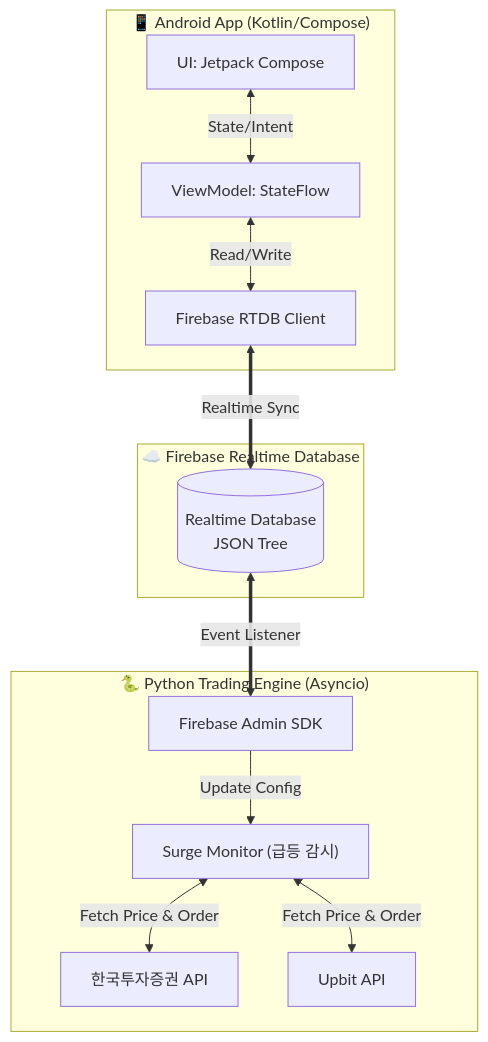
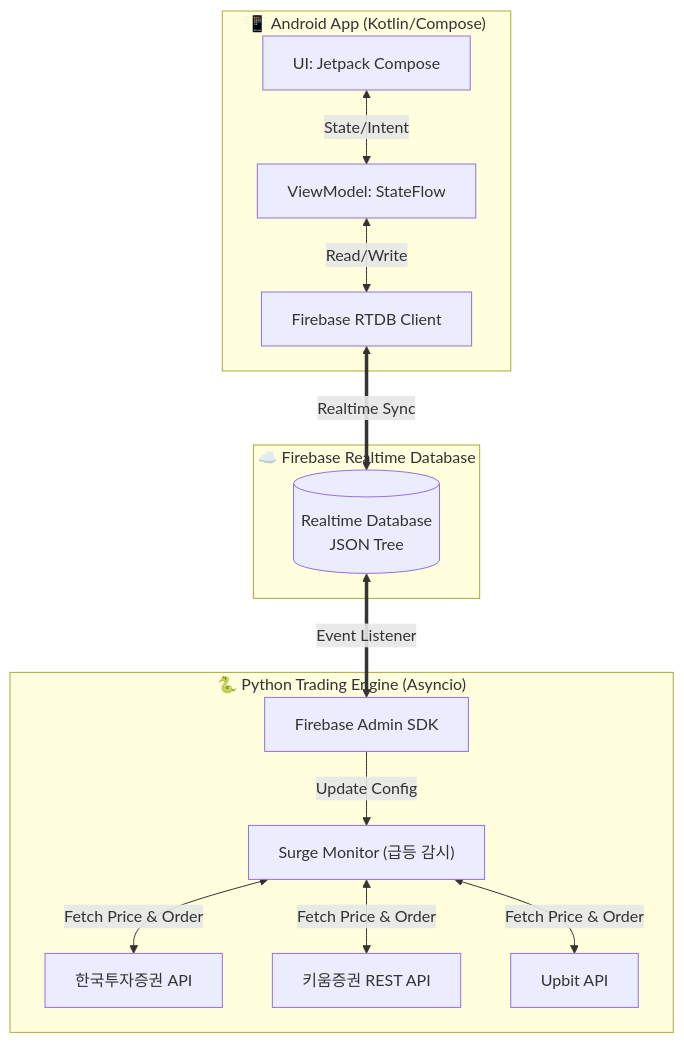
One commit to pisety/MyAutoTrading changed the diagram in ARCHITECTURE.md. Above: the diagram before and after it, drawn with Mermaid. The commit also changed other lines of this file and 10 other files, not shown here.

First line of the commit message:
feat: 키움증권 REST API 연동 및 엔진 안정화

````diff
--- a/ARCHITECTURE.md
+++ b/ARCHITECTURE.md
@@ -11,29 +11,31 @@
 ```mermaid
 flowchart TD
     subgraph Client ["📱 Android App (Kotlin/Compose)"]
         UI["UI: Jetpack Compose"]
         VM["ViewModel: StateFlow"]
         FB_Client["Firebase RTDB Client"]
     end
 
     subgraph Database ["☁️ Firebase Realtime Database"]
         RTDB[("Realtime Database\nJSON Tree")]
     end
 
     subgraph Backend ["🐍 Python Trading Engine (Asyncio)"]
         FB_Server["Firebase Admin SDK"]
         Watcher["Surge Monitor (급등 감시)"]
-        Broker_KR["한국투자증권 API"]
+        Broker_KIS["한국투자증권 API"]
+        Broker_Kiwoom["키움증권 REST API"]
         Broker_Crypto["Upbit API"]
     end
 
     %% 데이터 흐름
     UI <-->|State/Intent| VM
     VM <-->|Read/Write| FB_Client
     FB_Client <==>|Realtime Sync| RTDB
     RTDB <==>|Event Listener| FB_Server
     FB_Server -->|Update Config| Watcher
     
-    Watcher <-->|Fetch Price & Order| Broker_KR
+    Watcher <-->|Fetch Price & Order| Broker_KIS
+    Watcher <-->|Fetch Price & Order| Broker_Kiwoom
     Watcher <-->|Fetch Price & Order| Broker_Crypto
 ```
````
